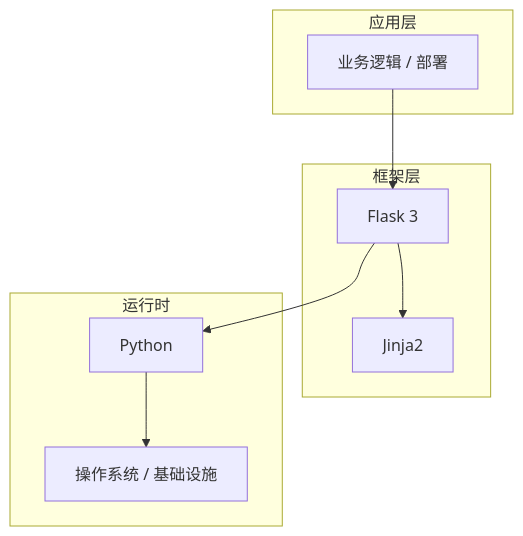
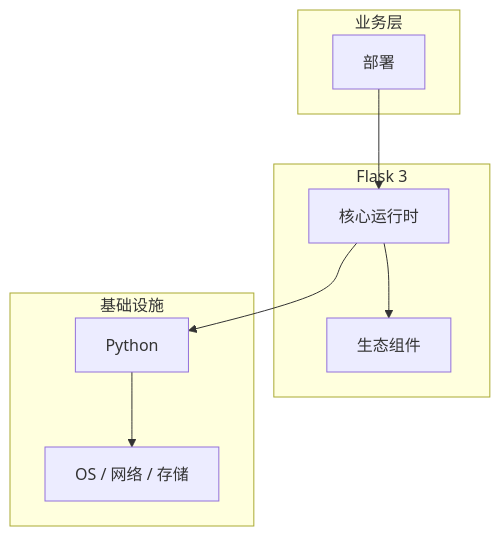
The diagram in articles/Flask/chapters/051-部署核心概念与原理.md (yanggan2015/knowledge-json-v2), drawn with Mermaid before and after one commit. The commit also changed other lines of this file and 10127 other files, not shown here.

````diff
--- a/articles/Flask/chapters/051-部署核心概念与原理.md
+++ b/articles/Flask/chapters/051-部署核心概念与原理.md
@@ -45,18 +34,18 @@
 ```mermaid
 graph TB
-    subgraph 应用层
-        A[业务逻辑 / 部署]
+    subgraph 业务层
+        A[部署]
     end
-    subgraph 框架层
-        B[Flask 3]
-        C[Jinja2]
+    subgraph Flask 3
+        B[核心运行时]
+        C[生态组件]
     end
-    subgraph 运行时
+    subgraph 基础设施
         D[Python]
-        E[操作系统 / 基础设施]
+        E[OS / 网络 / 存储]
     end
     A --> B
     B --> C
     B --> D
     D --> E
 ```
````
